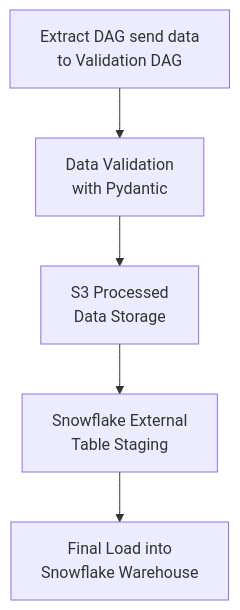
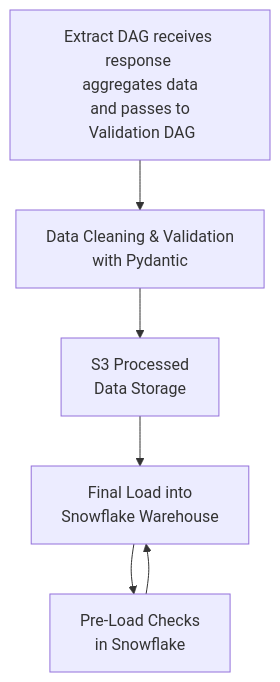
Before and after one commit to psgpyc/Data-Engineering-Pipeline-Restaurant-Reservation-Data-Management: the fourth of 4 diagrams in README.md, drawn with Mermaid. The commit also changed other lines of this file, not shown here.

Commit message:
Update README.md
Fix issue with mermaid flowchart

````diff
--- a/README.md
+++ b/README.md
@@ -85,7 +84,8 @@
 ```mermaid
 graph TD
-    C[Extract DAG send data <br> to Validation DAG] --> D[Data Validation<br>with Pydantic];
+    C[Extract DAG receives response <br> aggregates data <br> and passes to <br> Validation DAG] --> D[Data Cleaning & Validation<br>with Pydantic];
     D --> E[S3 Processed<br>Data Storage];
-    E --> F[Snowflake External<br>Table Staging];
-    F --> G[Final Load into<br>Snowflake Warehouse];
+    E --> F[Snowflake connects to External s3<br>Table Staging];
+    F --> G[Pre-Load Checks<br>in Snowflake];
+    G --> F[Final Load into<br>Snowflake Warehouse];
 ```
````
